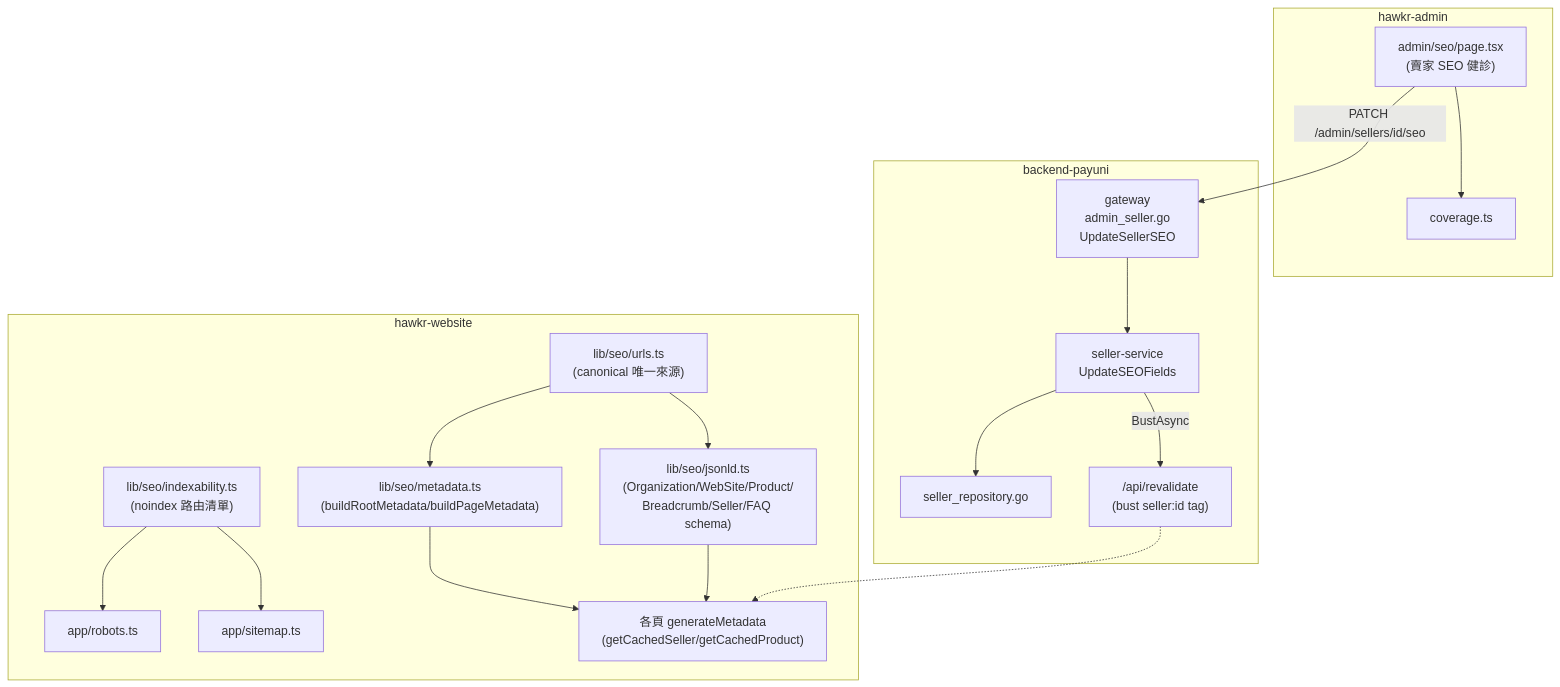
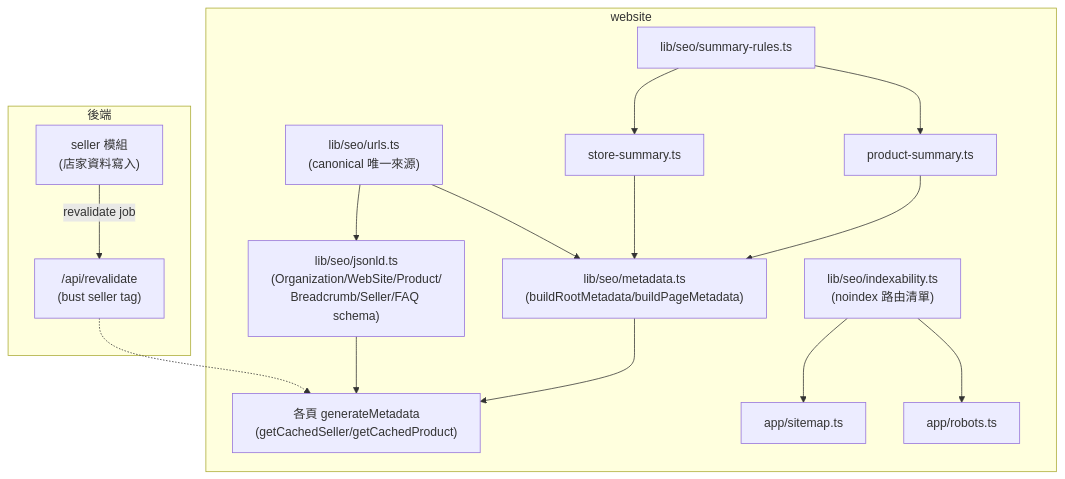
The second of 3 diagrams in backend/docs/詳細設計書/48-SEO 優化與現況（SEO Optimization）詳細設計書.md (Will413028/hawkr), drawn with Mermaid before and after one commit. The commit also changed other lines of this file, not shown here.

Commit message:
docs(backend): 設計書 48 刪掉只對 seller-service 成立的內容，賣家部分改寫成單體現況

````diff
--- a/backend/docs/詳細設計書/48-SEO 優化與現況（SEO Optimization）詳細設計書.md
+++ b/backend/docs/詳細設計書/48-SEO 優化與現況（SEO Optimization）詳細設計書.md
@@ -95,21 +88,19 @@
 ```mermaid
 flowchart TB
-  subgraph web["hawkr-website"]
+  subgraph web["website"]
     URLS["lib/seo/urls.ts\n(canonical 唯一來源)"] --> MD["lib/seo/metadata.ts\n(buildRootMetadata/buildPageMetadata)"]
     URLS --> JSONLD["lib/seo/jsonld.ts\n(Organization/WebSite/Product/\nBreadcrumb/Seller/FAQ schema)"]
+    RULES["lib/seo/summary-rules.ts"] --> PS["product-summary.ts"]
+    RULES --> SS["store-summary.ts"]
+    PS --> MD
+    SS --> MD
     IDX["lib/seo/indexability.ts\n(noindex 路由清單)"] --> ROBOTS[app/robots.ts]
     IDX --> SITEMAP[app/sitemap.ts]
     MD --> PAGE["各頁 generateMetadata\n(getCachedSeller/getCachedProduct)"]
     JSONLD --> PAGE
   end
-  subgraph adminrepo["hawkr-admin"]
-    SEOPAGE["admin/seo/page.tsx\n(賣家 SEO 健診)"] --> COVERAGE[coverage.ts]
+  subgraph backend["後端"]
+    SELLERMOD["seller 模組\n(店家資料寫入)"] -->|revalidate job| REVALIDATE["/api/revalidate\n(bust seller tag)"]
   end
-  subgraph backend["backend-payuni"]
-    HANDLER["gateway\nadmin_seller.go\nUpdateSellerSEO"] --> USECASE["seller-service\nUpdateSEOFields"]
-    USECASE --> REPO[seller_repository.go]
-    USECASE -->|BustAsync| REVALIDATE["/api/revalidate\n(bust seller:id tag)"]
-  end
-  SEOPAGE -->|PATCH /admin/sellers/id/seo| HANDLER
   REVALIDATE -.-> PAGE
 ```
````
